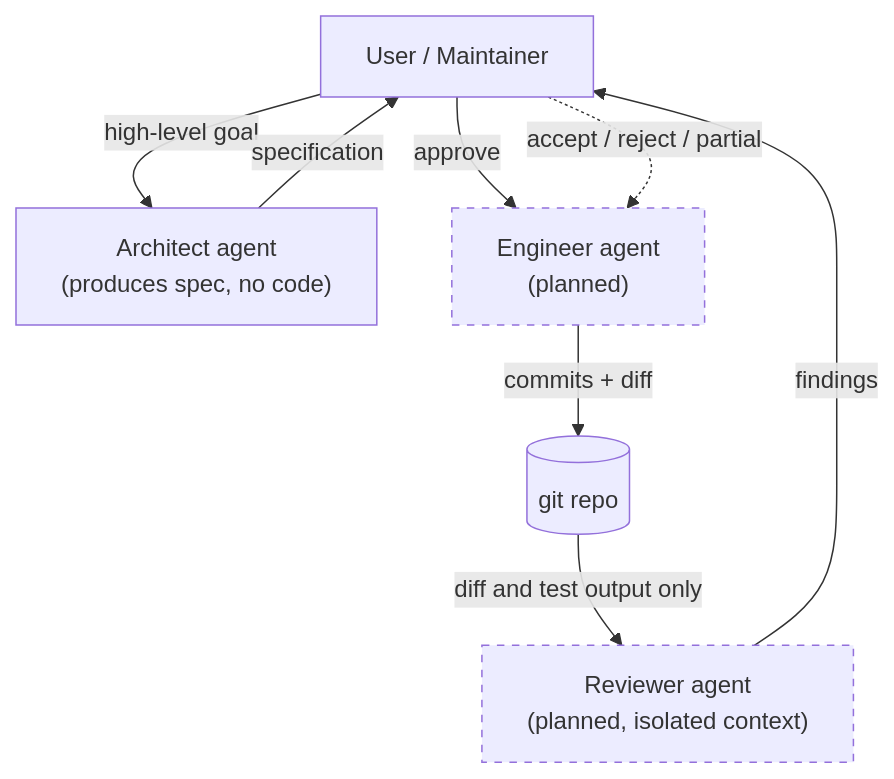
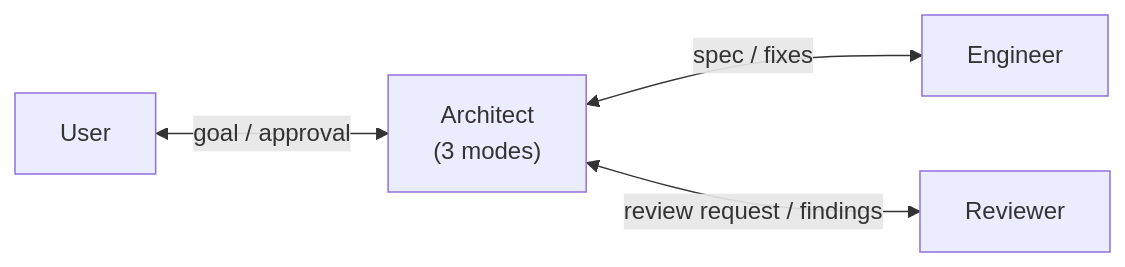
Before and after one commit to yuan-phd/cato: the diagram in README.md, drawn with Mermaid. The commit also changed other lines of this file, not shown here.

First line of the commit message:
Rewrite README to reflect agent-level completion and current design

````diff
--- a/README.md
+++ b/README.md
@@ -163,19 +45,11 @@
 ```mermaid
-flowchart TD
-    User["User / Maintainer"]
-    Architect["Architect agent<br/>(produces spec, no code)"]
-    Engineer["Engineer agent<br/>(planned)"]
-    Reviewer["Reviewer agent<br/>(planned, isolated context)"]
-    Repo[("git repo")]
+flowchart LR
+    User["User"]
+    Architect["Architect<br/>(3 modes)"]
+    Engineer["Engineer"]
+    Reviewer["Reviewer"]
 
-    User -->|"high-level goal"| Architect
-    Architect -->|"specification"| User
-    User -->|"approve"| Engineer
-    Engineer -->|"commits + diff"| Repo
-    Repo -->|"diff and test output only"| Reviewer
-    Reviewer -->|"findings"| User
-    User -.->|"accept / reject / partial"| Engineer
-
-    classDef planned stroke-dasharray: 5 5;
-    class Engineer,Reviewer planned;
+    User <-->|"goal / approval"| Architect
+    Architect <-->|"spec / fixes"| Engineer
+    Architect <-->|"review request / findings"| Reviewer
 ```
````
